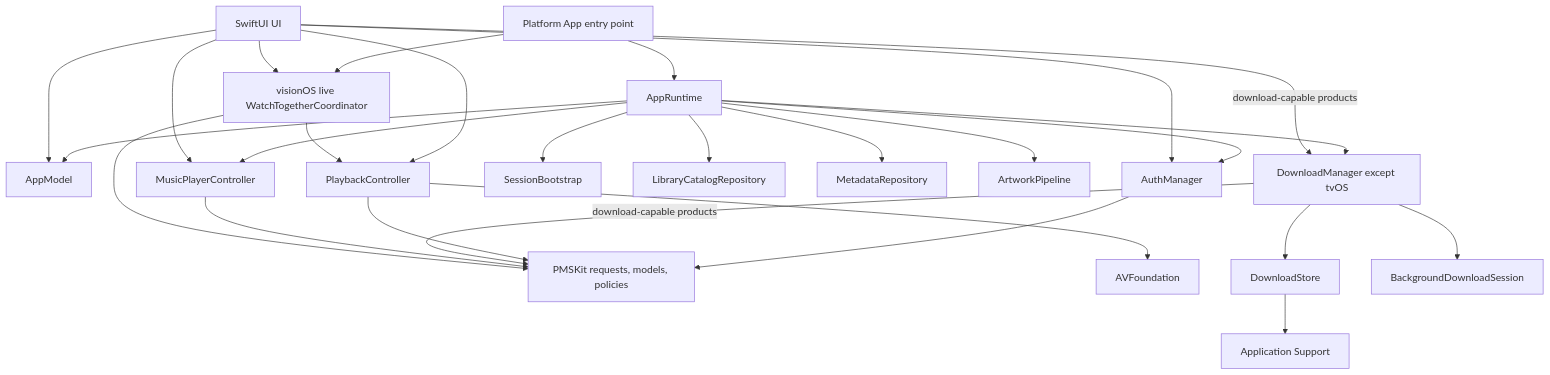
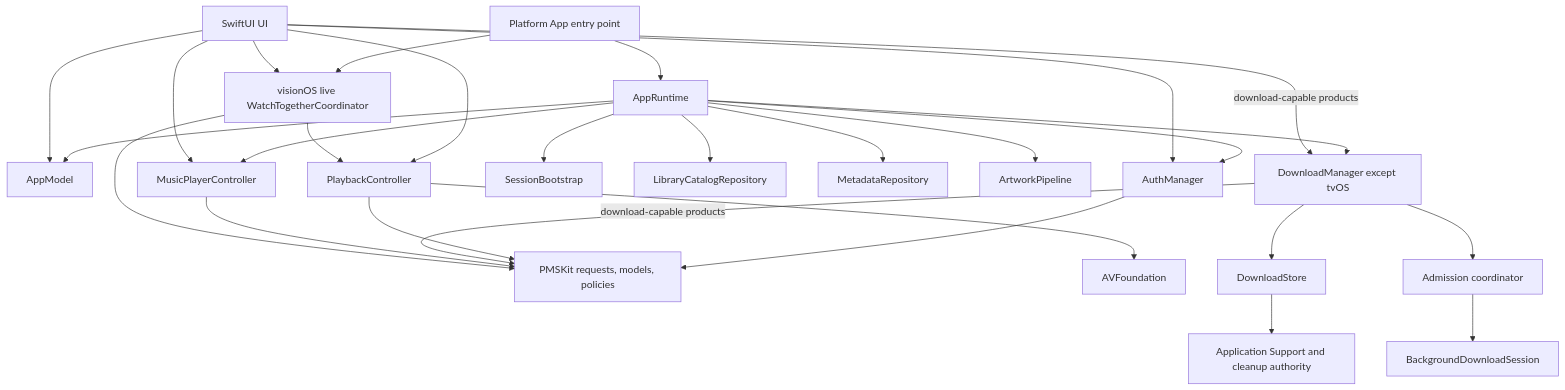
The first of 2 diagrams in docs/ARCHITECTURE.md (jlipworth/Labstream), drawn with Mermaid before and after one commit. The commit also changed other lines of this file and 464 other files, not shown here.

````diff
--- a/docs/ARCHITECTURE.md
+++ b/docs/ARCHITECTURE.md
@@ -9,34 +9,35 @@
 ```mermaid
 flowchart TD
   accTitle: App and package composition
   accDescr: Platform entry points create long-lived app services used by SwiftUI. App-owned playback, downloads, music, and SharePlay use PMSKit policies and requests while retaining their own framework and persistence effects.
   Entry[Platform App entry point] --> Runtime[AppRuntime]
   Runtime --> Model[AppModel]
   Runtime --> Auth[AuthManager]
   Runtime --> Downloads[DownloadManager except tvOS]
   Runtime --> Music[MusicPlayerController]
   Runtime --> Bootstrap[SessionBootstrap]
   Runtime --> Catalog[LibraryCatalogRepository]
   Runtime --> Metadata[MetadataRepository]
   Runtime --> Artwork[ArtworkPipeline]
   Entry --> SharePlay[visionOS live WatchTogetherCoordinator]
 
   UI[SwiftUI UI] --> Model
   UI --> Auth
   UI -->|download-capable products| Downloads
   UI --> Music
   UI --> Player[PlaybackController]
   UI --> SharePlay
   SharePlay --> Player
 
   Auth --> PMSKit[PMSKit requests, models, policies]
   Player --> PMSKit
   Downloads -->|download-capable products| PMSKit
   Music --> PMSKit
   SharePlay --> PMSKit
 
   Player --> AV[AVFoundation]
   Downloads --> Store[DownloadStore]
-  Downloads --> BG[BackgroundDownloadSession]
-  Store --> Files[Application Support]
+  Downloads --> Admission[Admission coordinator]
+  Admission --> BG[BackgroundDownloadSession]
+  Store --> Files[Application Support and cleanup authority]
 ```
````
